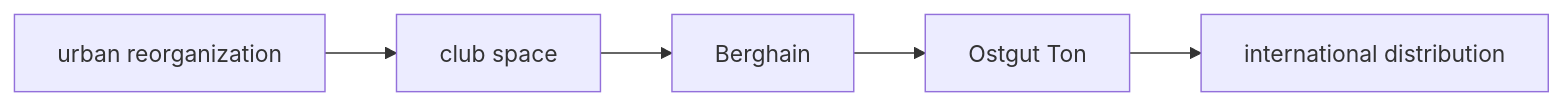
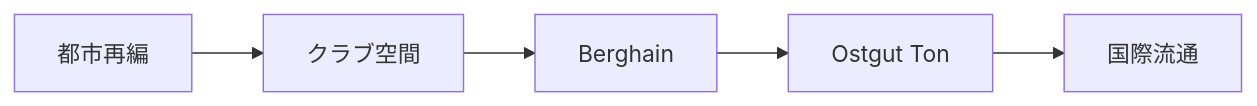
One commit to monumental-movement/monumental-movement.github.io changed the first of 4 diagrams in en/_posts/2026-02-27-column-Nick Hoppner.md. Above: the diagram before and after it, drawn with Mermaid. The commit also changed other lines of this file and 2196 other files, not shown here.

```diff
--- a/en/_posts/2026-02-27-column-Nick Hoppner.md
+++ b/en/_posts/2026-02-27-column-Nick Hoppner.md
@@ -67,7 +66,7 @@
 <div class="mermaid">
 graph LR
-A[urban reorganization] --> B[club space]
+A[都市再編] --> B[クラブ空間]
 B --> C[Berghain]
 C --> D[Ostgut Ton]
-D --> E[international distribution]
+D --> E[国際流通]
 </div>
```
